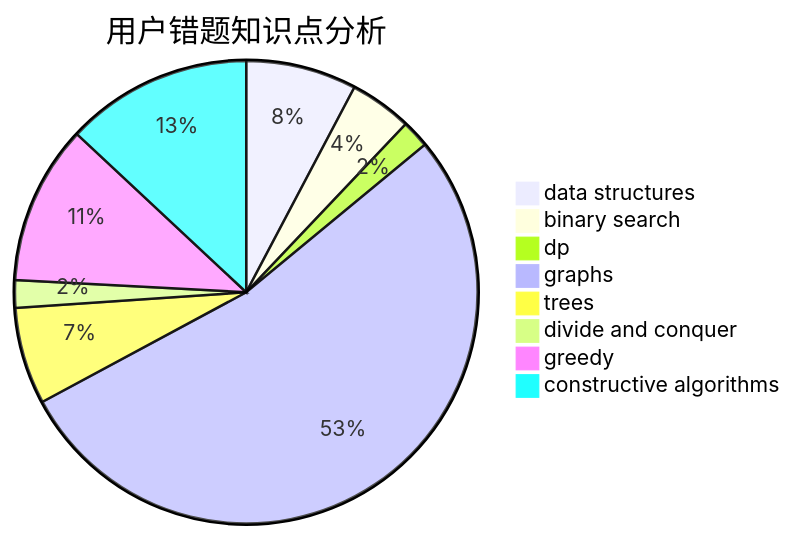
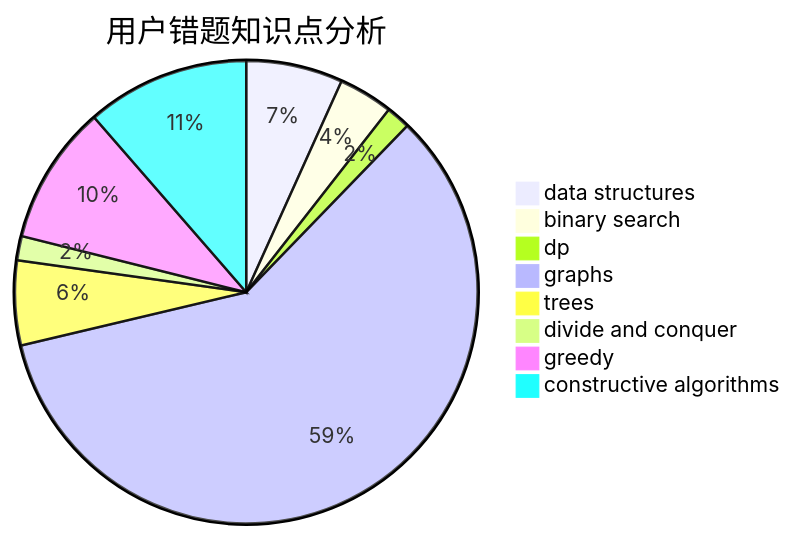
The third of 3 diagrams in docs/user/u1005.md (sherpahu/cfrs.github.io), drawn with Mermaid before and after one commit. The commit also changed other lines of this file and 2770 other files, not shown here.

````diff
--- a/docs/user/u1005.md
+++ b/docs/user/u1005.md
@@ -36,11 +36,11 @@
 ```mermaid
 pie title 用户错题知识点分析
     "data structures" :  16
     "binary search" :  9
     "dp" :  4
-    "graphs" :  110
+    "graphs" :  140
     "trees" :  14
     "divide and conquer" :  4
     "greedy" :  23
     "constructive algorithms" :  27
 ```
````
